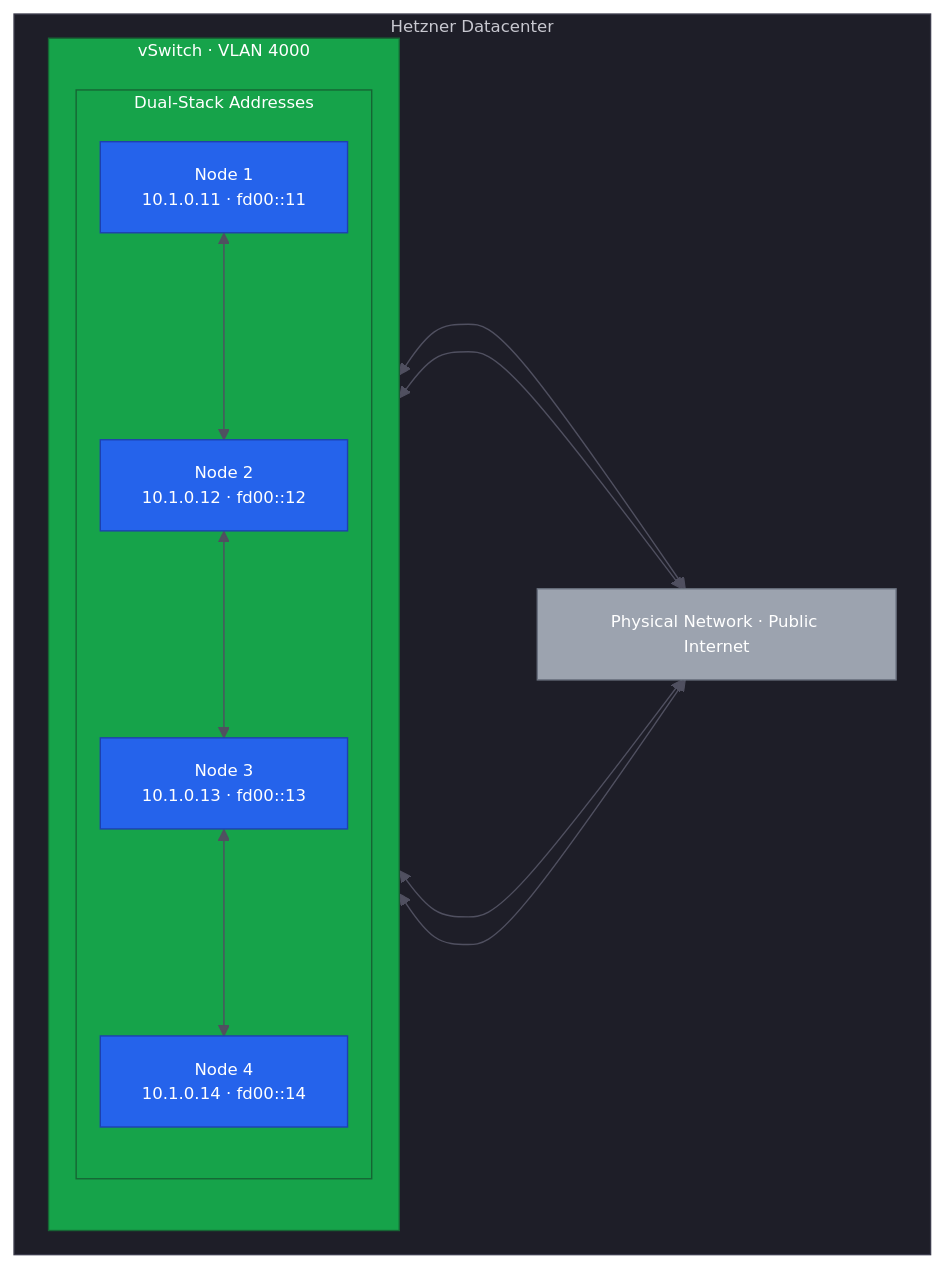
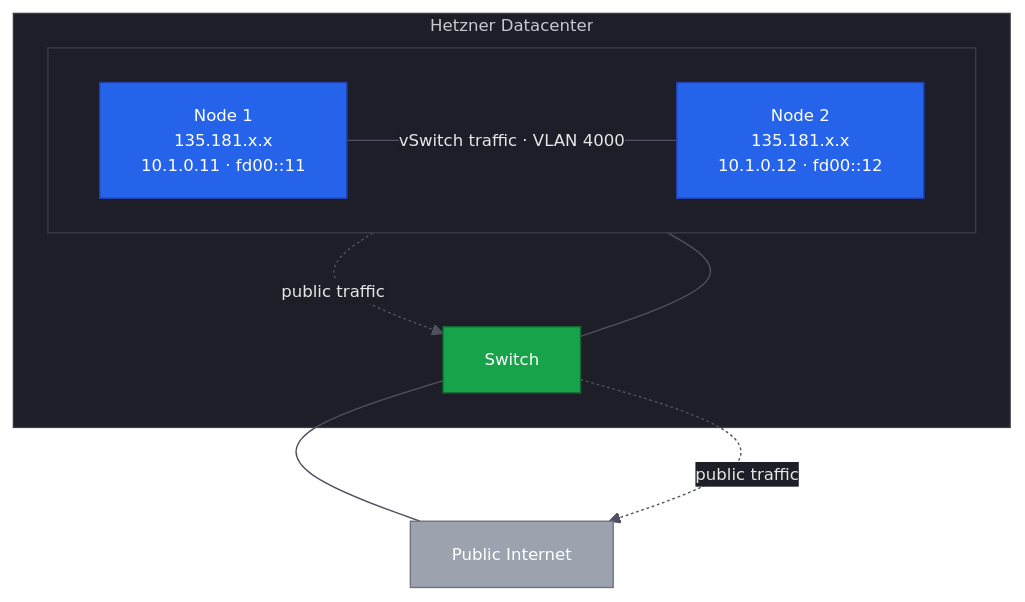
One commit to philprime/philprime.dev changed the second of 2 diagrams in guides/migrating-k3s-to-rke2/lesson-3.md. Above: the diagram before and after it, drawn with Mermaid. The commit also changed other lines of this file and 1 other file, not shown here.

First line of the commit message:
docs(lesson-3): Improve vSwitch networking lesson clarity and accuracy

````diff
--- a/guides/migrating-k3s-to-rke2/lesson-3.md
+++ b/guides/migrating-k3s-to-rke2/lesson-3.md
@@ -139,33 +130,27 @@
 ```mermaid!
-%%{init: {"theme": "base", "flowchart": {"nodeSpacing": 15, "rankSpacing": 25}, "themeVariables": {"fontSize": "12px", "background": "#181818", "textColor": "#c8c8d0", "lineColor": "#505060", "primaryColor": "#2a2a3a", "primaryTextColor": "#e6e6e6", "primaryBorderColor": "#404050", "clusterBkg": "#1e1e28", "clusterBorder": "#3a3a4a", "edgeLabelBackground": "#1e1e28", "titleColor": "#c8c8d0"}}}%%
+%%{init: {"theme": "base", "flowchart": {"nodeSpacing": 30, "rankSpacing": 50, "diagramPadding": 30}, "themeVariables": {"fontSize": "12px", "background": "#181818", "textColor": "#c8c8d0", "lineColor": "#505060", "primaryColor": "#2a2a3a", "primaryTextColor": "#e6e6e6", "primaryBorderColor": "#404050", "clusterBkg": "#1e1e28", "clusterBorder": "#3a3a4a", "edgeLabelBackground": "#1e1e28", "titleColor": "#c8c8d0"}}}%%
 flowchart TB
-    subgraph DC["Hetzner Datacenter"]
-        subgraph VS["vSwitch · VLAN 4000"]
-            direction TB
-            subgraph addrs["Dual-Stack Addresses"]
-                N1["Node 1<br/>10.1.0.11 · fd00::11"]
-                N2["Node 2<br/>10.1.0.12 · fd00::12"]
-                N3["Node 3<br/>10.1.0.13 · fd00::13"]
-                N4["Node 4<br/>10.1.0.14 · fd00::14"]
-            end
-        end
-        PN["Physical Network · Public Internet"]
+classDef node fill:#2563eb,color:#ffffff,stroke:#1e40af
+classDef router fill:#16a34a,color:#ffffff,stroke:#166534
+classDef internet fill:#9ca3af,color:#ffffff,stroke:#6b7280
+
+subgraph DC["Hetzner Datacenter"]
+    subgraph NODES[" "]
+        direction LR
+        N1["Node 1<br/>135.181.x.x<br/>10.1.0.11 · fd00::11"]
+        N2["Node 2<br/>135.181.x.x<br/>10.1.0.12 · fd00::12"]
+        N1 -- "vSwitch traffic · VLAN 4000" --- N2
     end
+    R["Switch"]
+    NODES --- R
+end
 
-    N1 <---> PN
-    N2 <---> PN
-    N3 <---> PN
-    N4 <---> PN
+PN["Public Internet"]
+R --- PN
 
-    N1 <---> N2
-    N2 <---> N3
-    N3 <---> N4
+N1 -. "public traffic" .-> R -. "public traffic" .-> PN
 
-    classDef vswitch fill:#16a34a,color:#fff,stroke:#166534
-    classDef node fill:#2563eb,color:#fff,stroke:#1e40af
-    classDef network fill:#9ca3af,color:#fff,stroke:#6b7280
-
-    class VS,addrs vswitch
-    class N1,N2,N3,N4 node
-    class PN network
+class N1,N2 node
+class R router
+class PN internet
 ```
````
